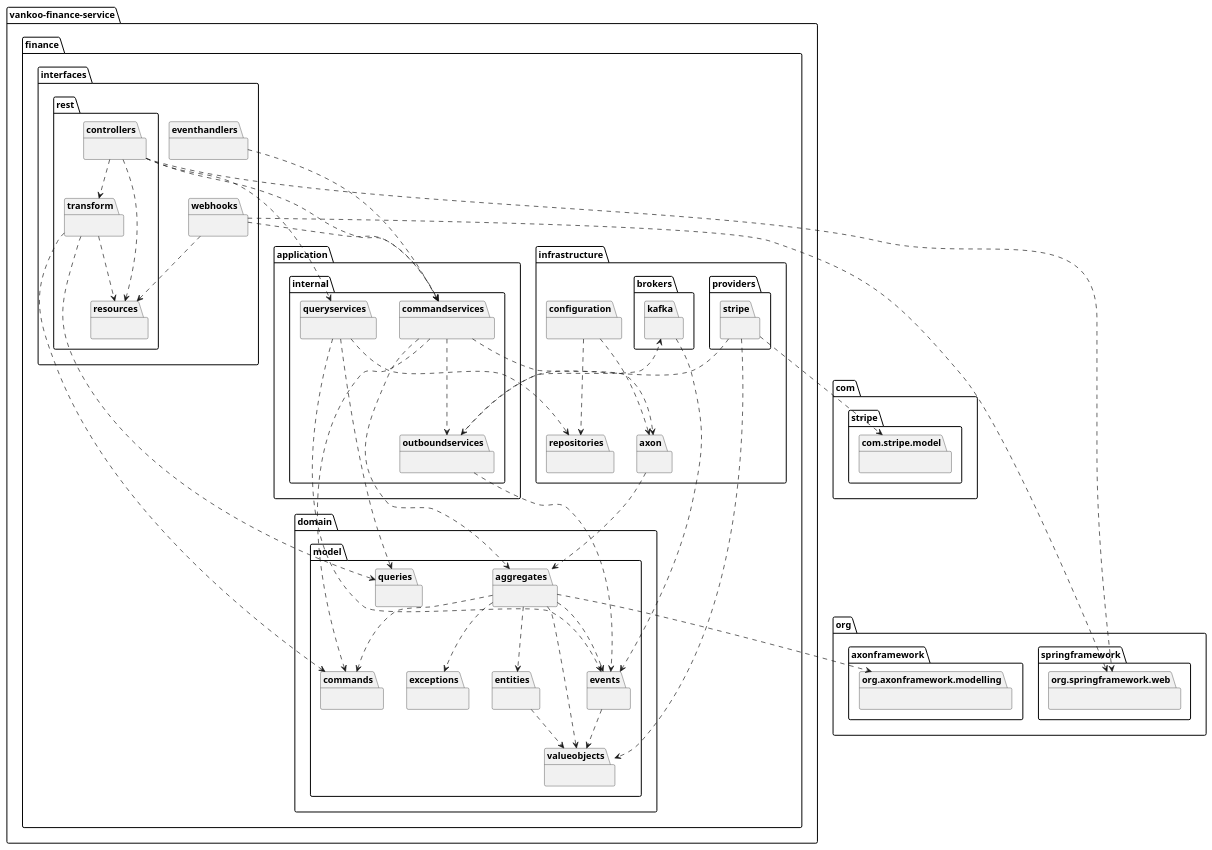
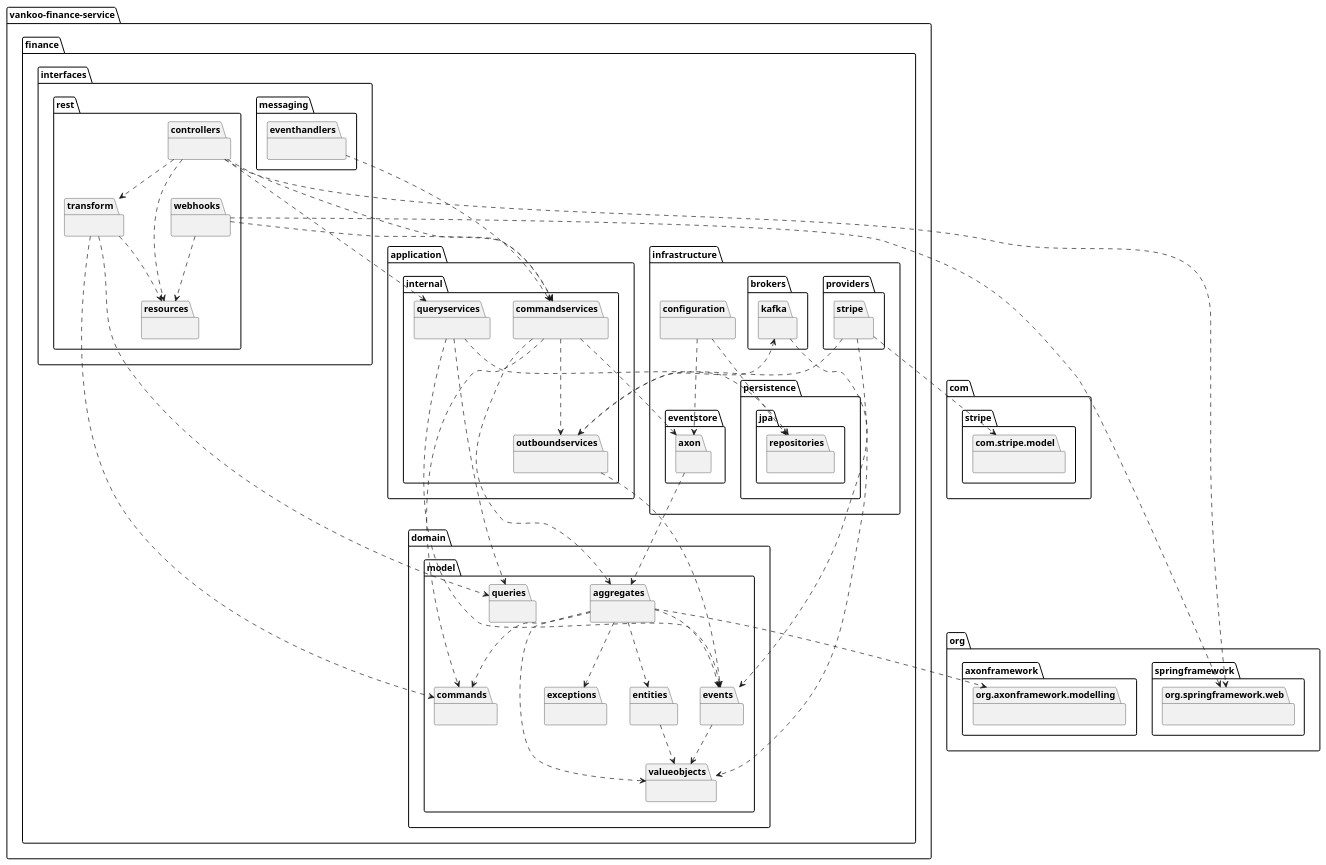
Before and after one commit to liquilabshq/vankoo-finance-service: the diagram in docs/uml/finance-package-diagram.puml, drawn with PlantUML. The commit also changed 2 other files, not shown here.

```diff
--- a/docs/uml/finance-package-diagram.puml
+++ b/docs/uml/finance-package-diagram.puml
@@ -1,87 +1,95 @@
 @startuml finance-package-diagram
 
 package vankoo-finance-service as vankoo_finance_service {
     package finance {
         package domain {
             package model {
                 package aggregates {}
                 package entities {}
                 package commands {}
                 package queries {}
                 package events {}
                 package valueobjects {}
                 package exceptions {}
             }
         }
         package infrastructure {
-            package axon {}
-            package repositories {}
+            package eventstore {
+                package axon {}
+            }
+            package persistence {
+                package jpa {
+                    package repositories {}
+                }
+            }
             package brokers {
                 package kafka {}
             }
             package providers {
                 package stripe {}
             }
             package configuration {}
         }
         package application.internal {
             package commandservices {}
             package queryservices {}
             package outboundservices {}
         }
         package interfaces {
             package rest {
                 package controllers {}
+                package webhooks {}
                 package resources {}
                 package transform {}
             }
-            package webhooks {}
-            package eventhandlers {}
+            package messaging {
+                package eventhandlers {}
+            }
         }
     }
 }
 package org.axonframework.modelling {}
 package org.springframework.web {}
 package com.stripe.model {}
 
 aggregates ..> org.axonframework.modelling
 aggregates ..> commands
 aggregates ..> events
 aggregates ..> entities
 aggregates ..> valueobjects
 aggregates ..> exceptions
 entities ..> valueobjects
 events ..> valueobjects
 
 commandservices ..> aggregates
 commandservices ..> commands
 commandservices ..> outboundservices
 commandservices ..> axon
 queryservices ..> queries
 queryservices ..> events
 queryservices ..> repositories
 outboundservices ..> events
 outboundservices ..> kafka
 
 axon ..> aggregates
 kafka ..> events
 configuration ..> axon
 configuration ..> repositories
 eventhandlers ..> commandservices
 vankoo_finance_service.finance.infrastructure.providers.stripe ..> outboundservices
 vankoo_finance_service.finance.infrastructure.providers.stripe ..> valueobjects
 vankoo_finance_service.finance.infrastructure.providers.stripe ..> com.stripe.model
 
 controllers ..> resources
 controllers ..> transform
 controllers ..> commandservices
 controllers ..> queryservices
 controllers ..> org.springframework.web
 webhooks ..> resources
 webhooks ..> commandservices
 webhooks ..> org.springframework.web
 transform ..> resources
 transform ..> commands
 transform ..> queries
 
 @enduml
```
